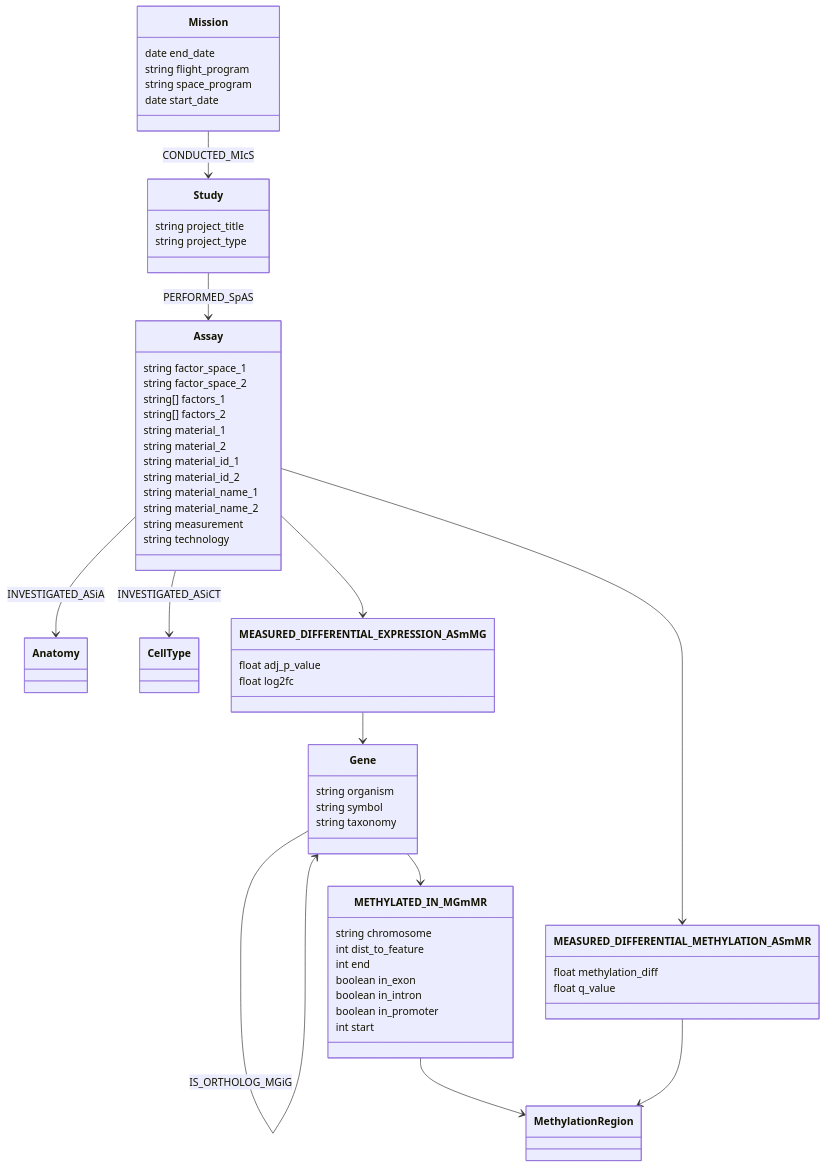
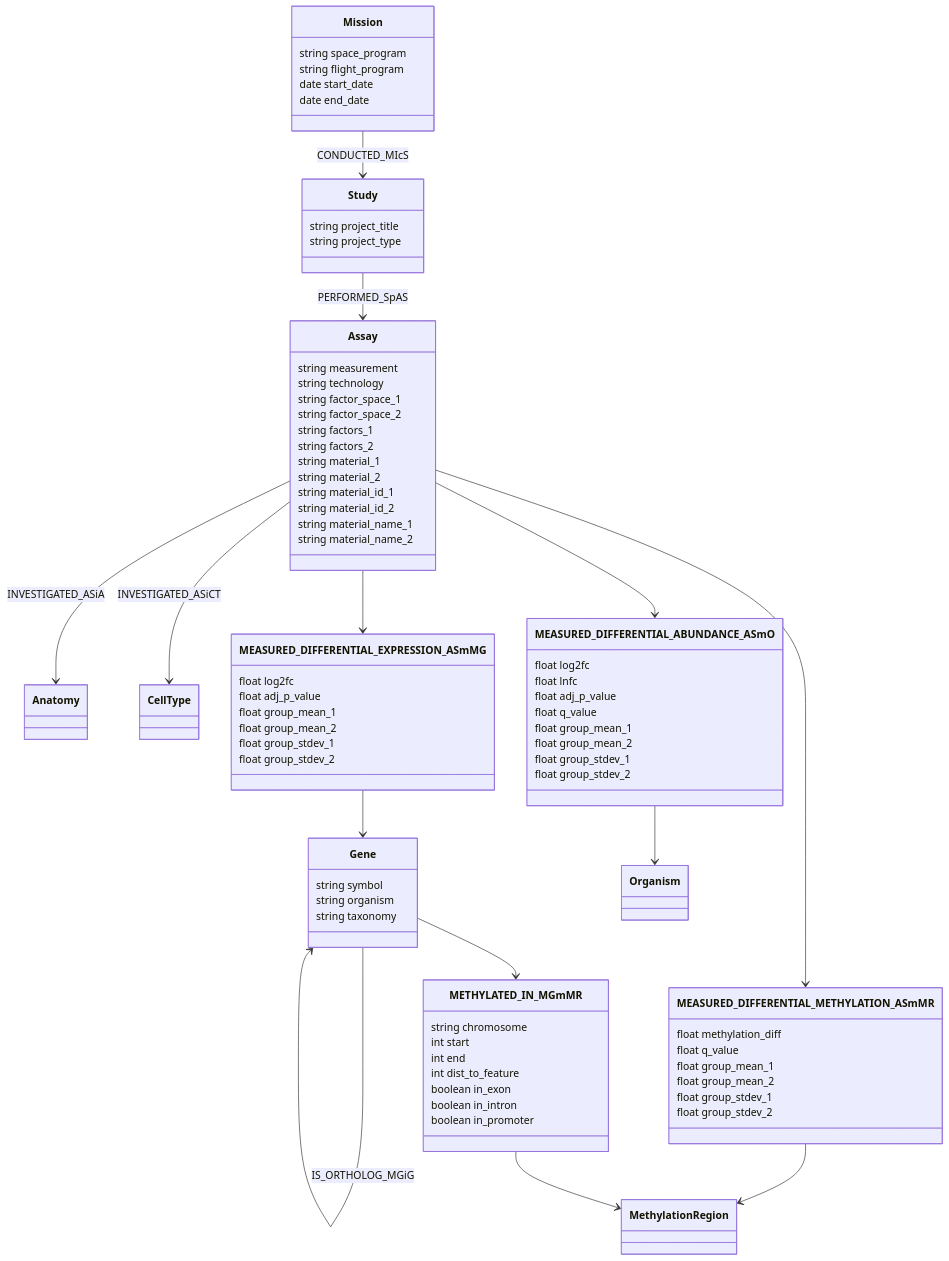
Before and after one commit to sbl-sdsc/mcp-proto-okn: the diagram in docs/examples/spoke-genelab_overview.md, drawn with Mermaid. The commit also changed other lines of this file, not shown here.

Commit message:
updated spoke-genelab overview

````diff
--- a/docs/examples/spoke-genelab_overview.md
+++ b/docs/examples/spoke-genelab_overview.md
@@ -58,75 +49,102 @@
 ```mermaid
 classDiagram
-direction TB
+  direction TB
 
-class Mission {
+  class Mission {
+    string space_program
+    string flight_program
+    date start_date
     date end_date
-    string flight_program
-    string space_program
-    date start_date
-}
+  }
 
-class Study {
+  class Study {
     string project_title
     string project_type
-}
+  }
 
-class Assay {
+  class Assay {
+    string measurement
+    string technology
     string factor_space_1
     string factor_space_2
-    string[] factors_1
-    string[] factors_2
+    string factors_1
+    string factors_2
     string material_1
     string material_2
     string material_id_1
     string material_id_2
     string material_name_1
     string material_name_2
-    string measurement
-    string technology
-}
+  }
 
-class Anatomy
+  class Gene {
+    string symbol
+    string organism
+    string taxonomy
+  }
 
-class CellType
+  class Anatomy
 
-class Gene {
-    string organism
-    string symbol
-    string taxonomy
-}
+  class CellType
 
-class MethylationRegion
+  class MethylationRegion
 
-class MEASURED_DIFFERENTIAL_EXPRESSION_ASmMG {
+  class Organism
+
+  class MEASURED_DIFFERENTIAL_EXPRESSION_ASmMG {
+    float log2fc
     float adj_p_value
+    float group_mean_1
+    float group_mean_2
+    float group_stdev_1
+    float group_stdev_2
+  }
+
+  class MEASURED_DIFFERENTIAL_ABUNDANCE_ASmO {
     float log2fc
-}
+    float lnfc
+    float adj_p_value
+    float q_value
+    float group_mean_1
+    float group_mean_2
+    float group_stdev_1
+    float group_stdev_2
+  }
 
-class METHYLATED_IN_MGmMR {
+  class MEASURED_DIFFERENTIAL_METHYLATION_ASmMR {
+    float methylation_diff
+    float q_value
+    float group_mean_1
+    float group_mean_2
+    float group_stdev_1
+    float group_stdev_2
+  }
+
+  class METHYLATED_IN_MGmMR {
     string chromosome
+    int start
+    int end
     int dist_to_feature
-    int end
     boolean in_exon
     boolean in_intron
     boolean in_promoter
-    int start
-}
+  }
 
-class MEASURED_DIFFERENTIAL_METHYLATION_ASmMR {
-    float methylation_diff
-    float q_value
-}
+  Mission --> Study : CONDUCTED_MIcS
+  Study --> Assay : PERFORMED_SpAS
+  Assay --> Anatomy : INVESTIGATED_ASiA
+  Assay --> CellType : INVESTIGATED_ASiCT
+  Gene --> Gene : IS_ORTHOLOG_MGiG
 
-Mission --> Study : CONDUCTED_MIcS
-Study --> Assay : PERFORMED_SpAS
-Assay --> Anatomy : INVESTIGATED_ASiA
-Assay --> CellType : INVESTIGATED_ASiCT
-Gene --> Gene : IS_ORTHOLOG_MGiG
-Assay --> MEASURED_DIFFERENTIAL_EXPRESSION_ASmMG
-MEASURED_DIFFERENTIAL_EXPRESSION_ASmMG --> Gene
-Gene --> METHYLATED_IN_MGmMR
-METHYLATED_IN_MGmMR --> MethylationRegion
-Assay --> MEASURED_DIFFERENTIAL_METHYLATION_ASmMR
-MEASURED_DIFFERENTIAL_METHYLATION_ASmMR --> MethylationRegion
+  Assay --> MEASURED_DIFFERENTIAL_EXPRESSION_ASmMG
+  MEASURED_DIFFERENTIAL_EXPRESSION_ASmMG --> Gene
+
+  Assay --> MEASURED_DIFFERENTIAL_ABUNDANCE_ASmO
+  MEASURED_DIFFERENTIAL_ABUNDANCE_ASmO --> Organism
+
+  Assay --> MEASURED_DIFFERENTIAL_METHYLATION_ASmMR
+  MEASURED_DIFFERENTIAL_METHYLATION_ASmMR --> MethylationRegion
+
+  Gene --> METHYLATED_IN_MGmMR
+  METHYLATED_IN_MGmMR --> MethylationRegion
 ```
````
